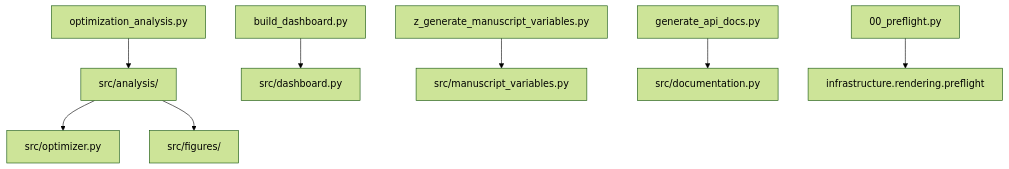
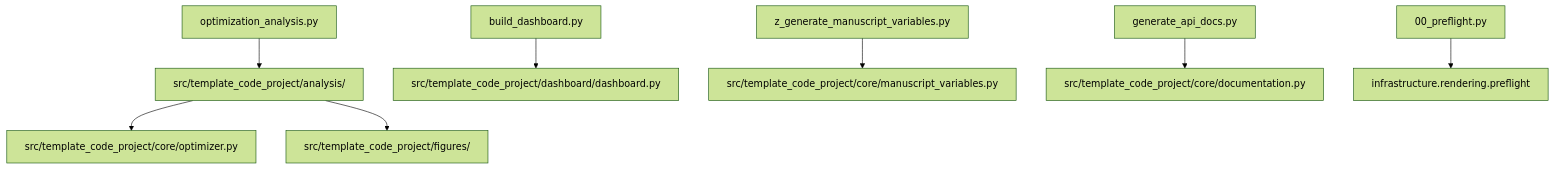
One commit to docxology/template changed the diagram in projects/templates/template_code_project/scripts/README.md. Above: the diagram before and after it, drawn with Mermaid (forest theme). The commit also changed 775 other files, not shown here.

````diff
--- a/projects/templates/template_code_project/scripts/README.md
+++ b/projects/templates/template_code_project/scripts/README.md
@@ -57,10 +57,10 @@
 ```mermaid
 graph TD
-    OA[optimization_analysis.py] --> SA[src/analysis/]
-    BD[build_dashboard.py] --> SD[src/dashboard.py]
-    ZGEN[z_generate_manuscript_variables.py] --> MV[src/manuscript_variables.py]
-    SA --> OPT[src/optimizer.py]
-    SA --> FIG[src/figures/]
-    GD[generate_api_docs.py] --> DOC[src/documentation.py]
+    OA[optimization_analysis.py] --> SA[src/template_code_project/analysis/]
+    BD[build_dashboard.py] --> SD[src/template_code_project/dashboard/dashboard.py]
+    ZGEN[z_generate_manuscript_variables.py] --> MV[src/template_code_project/core/manuscript_variables.py]
+    SA --> OPT[src/template_code_project/core/optimizer.py]
+    SA --> FIG[src/template_code_project/figures/]
+    GD[generate_api_docs.py] --> DOC[src/template_code_project/core/documentation.py]
     PF[00_preflight.py] --> INFRA[infrastructure.rendering.preflight]
 ```
````
